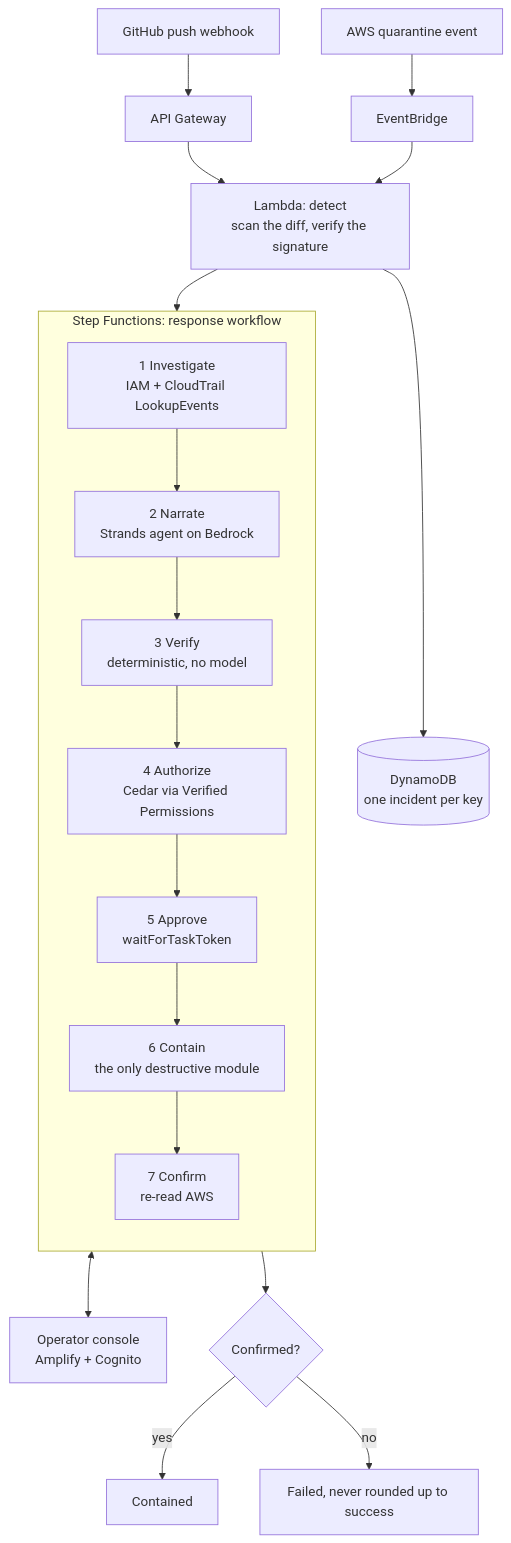
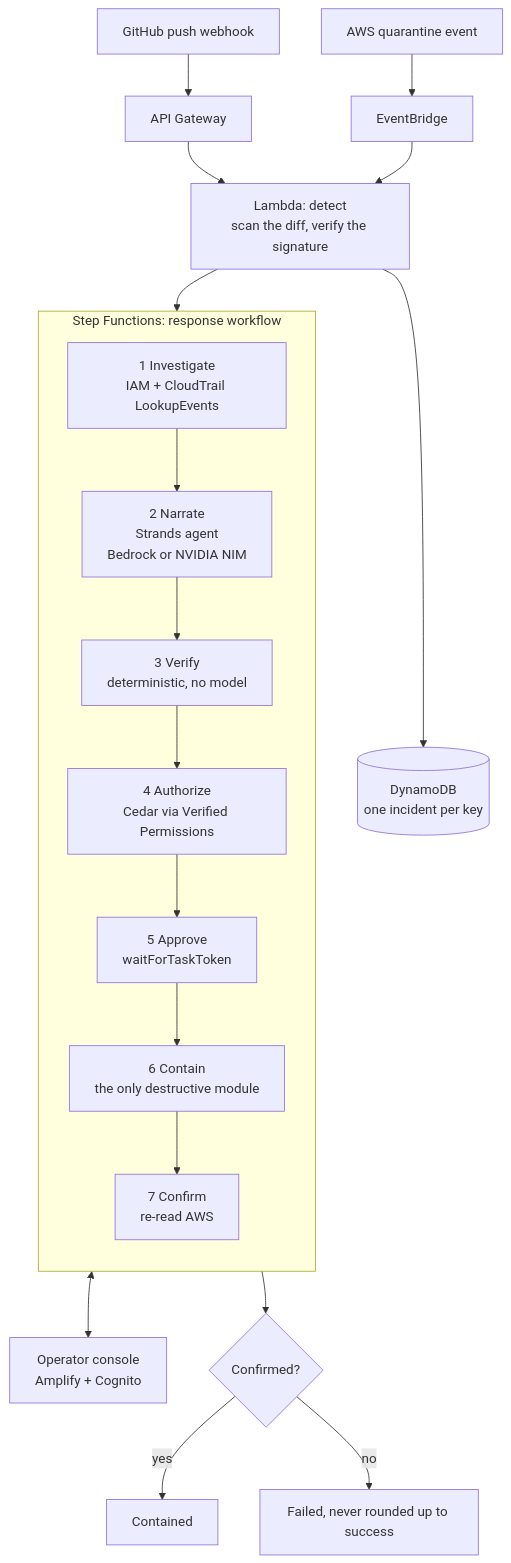
Before and after one commit to Atul-Chahar/KILLSWITCH: the diagram in README.md, drawn with Mermaid. The commit also changed other lines of this file and 9 other files, not shown here.

````diff
--- a/README.md
+++ b/README.md
@@ -24,26 +24,26 @@
 ```mermaid
 flowchart TD
     push["GitHub push webhook"] --> apigw["API Gateway"]
     apigw --> detect["Lambda: detect<br/>scan the diff, verify the signature"]
     quarantine["AWS quarantine event"] --> eb["EventBridge"]
     eb --> detect
     detect --> ddb[("DynamoDB<br/>one incident per key")]
     detect --> sfn
 
     subgraph sfn["Step Functions: response workflow"]
         direction TB
         investigate["1 Investigate<br/>IAM + CloudTrail LookupEvents"]
-        narrate["2 Narrate<br/>Strands agent on Bedrock"]
+        narrate["2 Narrate<br/>Strands agent<br/>Bedrock or NVIDIA NIM"]
         verify["3 Verify<br/>deterministic, no model"]
         authorize["4 Authorize<br/>Cedar via Verified Permissions"]
         approve["5 Approve<br/>waitForTaskToken"]
         contain["6 Contain<br/>the only destructive module"]
         confirm["7 Confirm<br/>re-read AWS"]
         investigate --> narrate --> verify --> authorize --> approve --> contain --> confirm
     end
 
     approve <--> console["Operator console<br/>Amplify + Cognito"]
     confirm --> outcome{"Confirmed?"}
     outcome -- yes --> done["Contained"]
     outcome -- no --> failed["Failed, never rounded up to success"]
 ```
````
